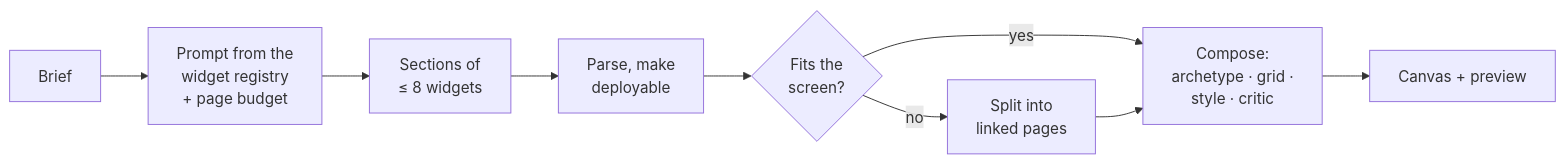
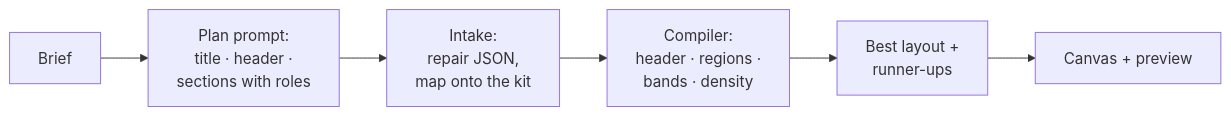
One commit to Hitheshkaranth/EmbeddedDisplayStudio changed the first of 2 diagrams in README.md. Above: the diagram before and after it, drawn with Mermaid. The commit also changed other lines of this file and 21 other files, not shown here.

````diff
--- a/README.md
+++ b/README.md
@@ -185,11 +208,8 @@
 ```mermaid
 flowchart LR
-    B[Brief] --> P[Prompt from the<br/>widget registry<br/>+ page budget]
-    P --> S[Sections of<br/>≤ 8 widgets]
-    S --> D[Parse, make<br/>deployable]
-    D --> F{Fits the<br/>screen?}
-    F -- no --> PG[Split into<br/>linked pages]
-    F -- yes --> C
-    PG --> C[Compose:<br/>archetype · grid ·<br/>style · critic]
-    C --> A[Canvas + preview]
+    B[Brief] --> P[Plan prompt:<br/>title · header ·<br/>sections with roles]
+    P --> I[Intake:<br/>repair JSON,<br/>map onto the kit]
+    I --> C[Compiler:<br/>header · regions ·<br/>bands · density]
+    C --> V[Best layout +<br/>runner-ups]
+    V --> A[Canvas + preview]
 ```
````
